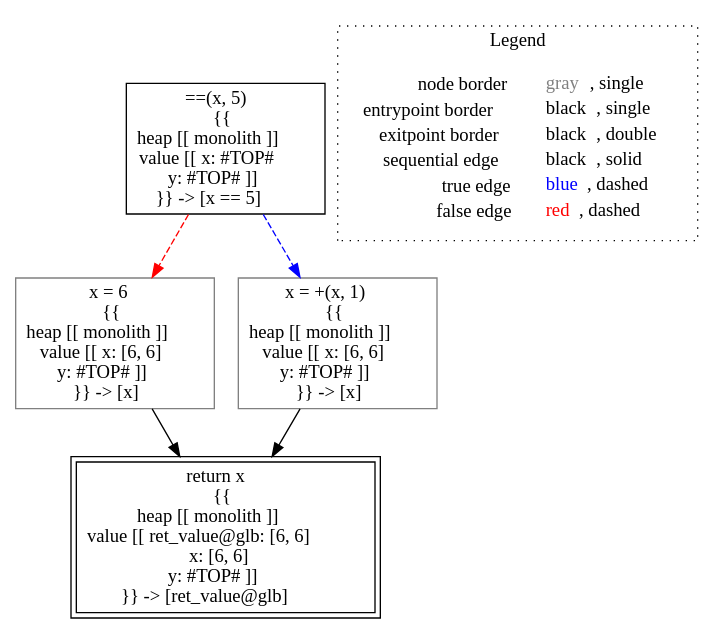
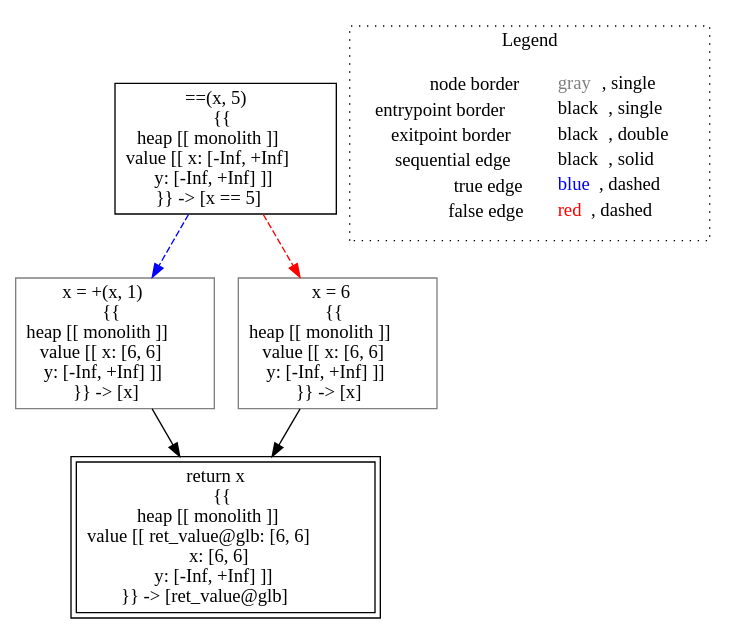
Before and after one commit to lisa-analyzer/lisa: the diagram in lisa/imp-testcases/interval/analysis___untyped_tutorial.glb(tutorial_this,_untyped_x,_untyped_y).dot, drawn with Graphviz. The commit also changed 17 other files, not shown here.

```diff
--- a/lisa/imp-testcases/interval/analysis___untyped_tutorial.glb(tutorial_this,_untyped_x,_untyped_y).dot
+++ b/lisa/imp-testcases/interval/analysis___untyped_tutorial.glb(tutorial_this,_untyped_x,_untyped_y).dot
@@ -1,17 +1,17 @@
 digraph {
-	"node0" [shape="rect",color="black",label=<==(x, 5)<BR/>{{<BR/>heap [[ monolith ]]<BR/>value [[ x: #TOP#<BR/>y: #TOP# ]]<BR/>}} -&gt; [x == 5]>];
-	"node1" [shape="rect",color="black",peripheries="2",label=<return x<BR/>{{<BR/>heap [[ monolith ]]<BR/>value [[ ret_value@glb: [6, 6]<BR/>x: [6, 6]<BR/>y: #TOP# ]]<BR/>}} -&gt; [ret_value@glb]>];
-	"node2" [shape="rect",color="gray",label=<x = 6<BR/>{{<BR/>heap [[ monolith ]]<BR/>value [[ x: [6, 6]<BR/>y: #TOP# ]]<BR/>}} -&gt; [x]>];
-	"node3" [shape="rect",color="gray",label=<x = +(x, 1)<BR/>{{<BR/>heap [[ monolith ]]<BR/>value [[ x: [6, 6]<BR/>y: #TOP# ]]<BR/>}} -&gt; [x]>];
-	"node0" -> "node2" [color="red",style="dashed"];
-	"node0" -> "node3" [color="blue",style="dashed"];
+	"node0" [shape="rect",color="black",label=<==(x, 5)<BR/>{{<BR/>heap [[ monolith ]]<BR/>value [[ x: [-Inf, +Inf]<BR/>y: [-Inf, +Inf] ]]<BR/>}} -&gt; [x == 5]>];
+	"node1" [shape="rect",color="black",peripheries="2",label=<return x<BR/>{{<BR/>heap [[ monolith ]]<BR/>value [[ ret_value@glb: [6, 6]<BR/>x: [6, 6]<BR/>y: [-Inf, +Inf] ]]<BR/>}} -&gt; [ret_value@glb]>];
+	"node2" [shape="rect",color="gray",label=<x = +(x, 1)<BR/>{{<BR/>heap [[ monolith ]]<BR/>value [[ x: [6, 6]<BR/>y: [-Inf, +Inf] ]]<BR/>}} -&gt; [x]>];
+	"node3" [shape="rect",color="gray",label=<x = 6<BR/>{{<BR/>heap [[ monolith ]]<BR/>value [[ x: [6, 6]<BR/>y: [-Inf, +Inf] ]]<BR/>}} -&gt; [x]>];
 	"node2" -> "node1" [color="black"];
 	"node3" -> "node1" [color="black"];
+	"node0" -> "node2" [color="blue",style="dashed"];
+	"node0" -> "node3" [color="red",style="dashed"];
 subgraph cluster_legend {
 	label="Legend";
 	style=dotted;
 	node [shape=plaintext];
 	"legend" [label=<<table border="0" cellpadding="2" cellspacing="0" cellborder="0"><tr><td align="right">node border&nbsp;</td><td align="left"><font color="gray">gray</font>, single</td></tr><tr><td align="right">entrypoint border&nbsp;</td><td align="left"><font color="black">black</font>, single</td></tr><tr><td align="right">exitpoint border&nbsp;</td><td align="left"><font color="black">black</font>, double</td></tr><tr><td align="right">sequential edge&nbsp;</td><td align="left"><font color="black">black</font>, solid</td></tr><tr><td align="right">true edge&nbsp;</td><td align="left"><font color="blue">blue</font>, dashed</td></tr><tr><td align="right">false edge&nbsp;</td><td align="left"><font color="red">red</font>, dashed</td></tr></table>>];
 }
 
 }
```
